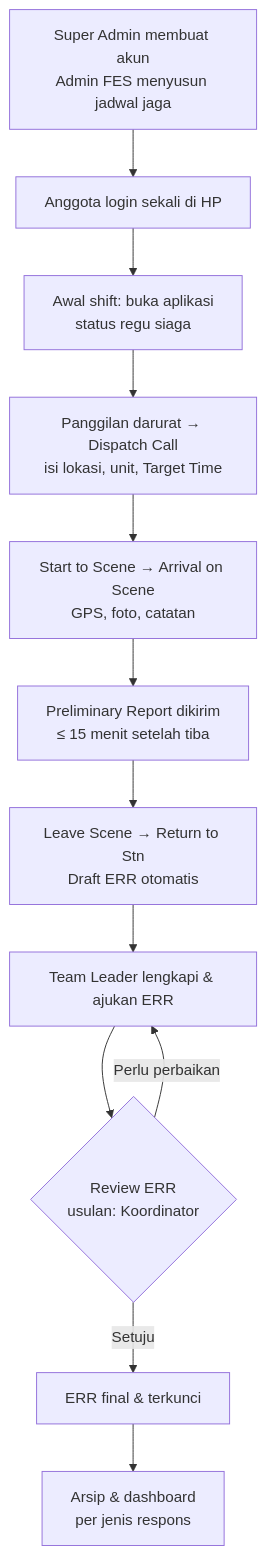
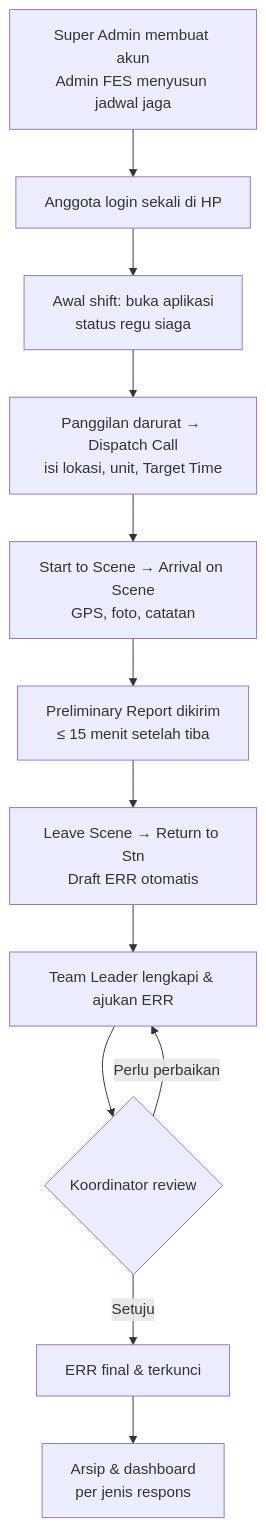
One commit to Ghyland17/leoghynizm changed the first of 2 diagrams in PRD.md. Above: the diagram before and after it, drawn with Mermaid. The commit also changed other lines of this file, not shown here.

````diff
--- a/PRD.md
+++ b/PRD.md
@@ -583,14 +584,14 @@
 ```mermaid
 flowchart TD
   A[Super Admin membuat akun<br/>Admin FES menyusun jadwal jaga] --> B[Anggota login sekali di HP]
   B --> C[Awal shift: buka aplikasi<br/>status regu siaga]
   C --> D[Panggilan darurat → Dispatch Call<br/>isi lokasi, unit, Target Time]
   D --> E[Start to Scene → Arrival on Scene<br/>GPS, foto, catatan]
   E --> F[Preliminary Report dikirim<br/>≤ 15 menit setelah tiba]
   F --> G[Leave Scene → Return to Stn<br/>Draft ERR otomatis]
   G --> H[Team Leader lengkapi & ajukan ERR]
-  H --> I{Review ERR<br/>usulan: Koordinator}
+  H --> I{Koordinator review}
   I -- Perlu perbaikan --> H
   I -- Setuju --> J[ERR final & terkunci]
   J --> K[Arsip & dashboard<br/>per jenis respons]
 ```
````
